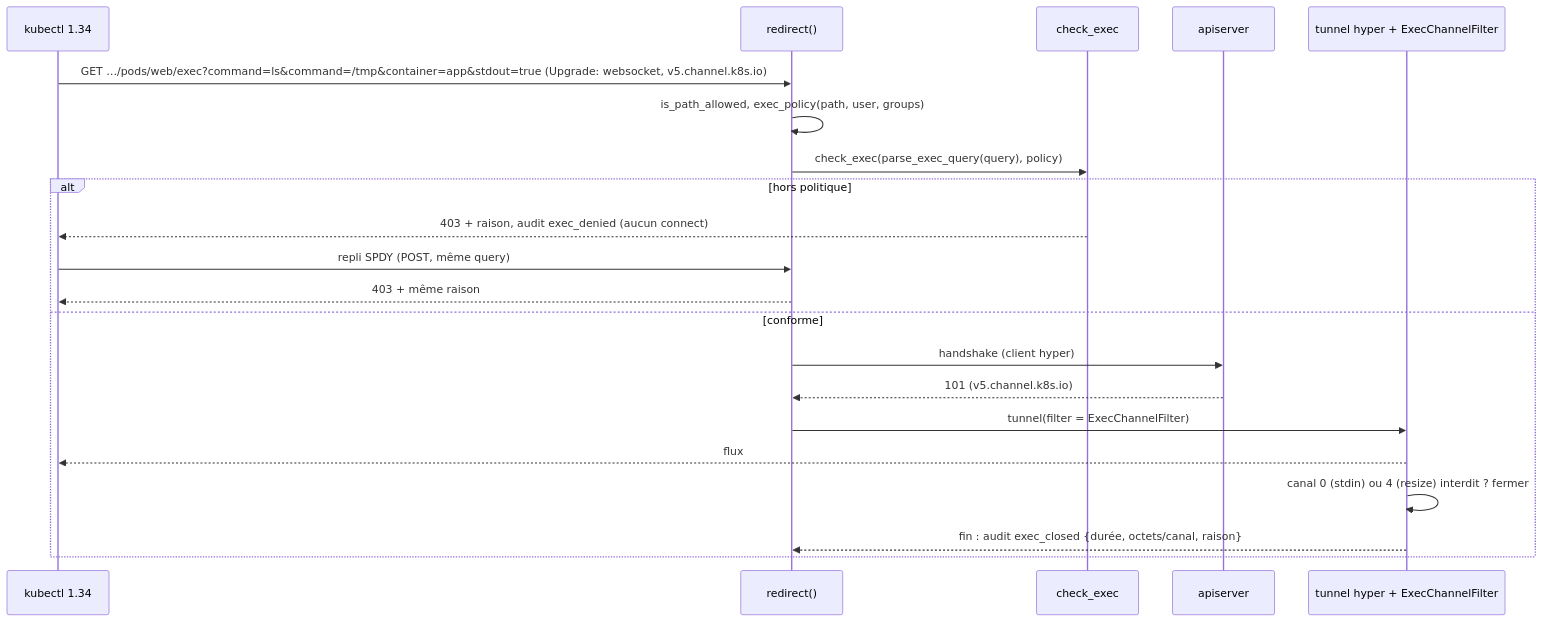
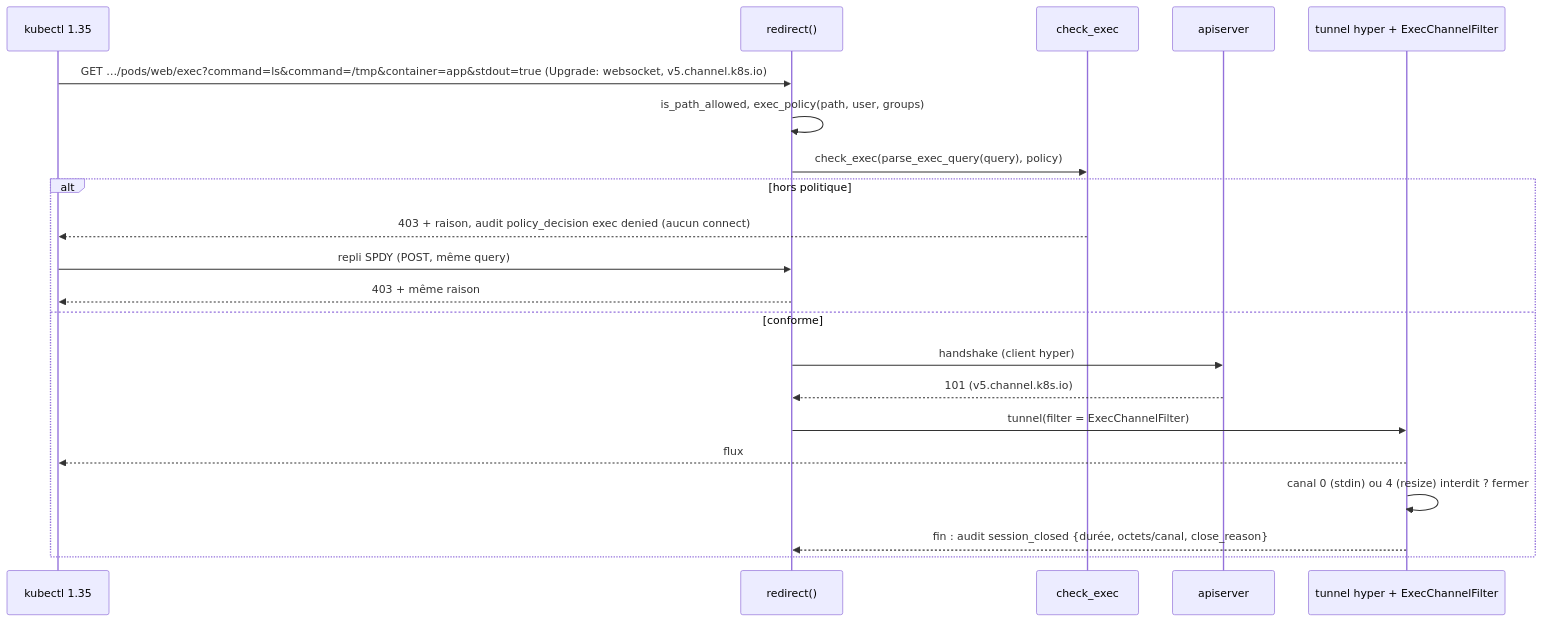
The second of 4 diagrams in .rfc/0004-exec-attach-filtering.md (batleforc/ProxyAuthK8S), drawn with Mermaid before and after one commit. The commit also changed other lines of this file and 1 other file, not shown here.

````diff
--- a/.rfc/0004-exec-attach-filtering.md
+++ b/.rfc/0004-exec-attach-filtering.md
@@ -303,23 +306,23 @@
 ```mermaid
 sequenceDiagram
-    participant K as kubectl 1.34
+    participant K as kubectl 1.35
     participant P as redirect()
     participant H as check_exec
     participant U as apiserver
     participant T as tunnel hyper + ExecChannelFilter
     K->>P: GET …/pods/web/exec?command=ls&command=/tmp&container=app&stdout=true (Upgrade: websocket, v5.channel.k8s.io)
     P->>P: is_path_allowed, exec_policy(path, user, groups)
     P->>H: check_exec(parse_exec_query(query), policy)
     alt hors politique
-        H-->>K: 403 + raison, audit exec_denied (aucun connect)
+        H-->>K: 403 + raison, audit policy_decision exec denied (aucun connect)
         K->>P: repli SPDY (POST, même query)
         P-->>K: 403 + même raison
     else conforme
         P->>U: handshake (client hyper)
         U-->>P: 101 (v5.channel.k8s.io)
         P->>T: tunnel(filter = ExecChannelFilter)
         T-->>K: flux
         T->>T: canal 0 (stdin) ou 4 (resize) interdit ? fermer
-        T-->>P: fin : audit exec_closed #123;durée, octets/canal, raison#125;
+        T-->>P: fin : audit session_closed #123;durée, octets/canal, close_reason#125;
     end
 ```
````
